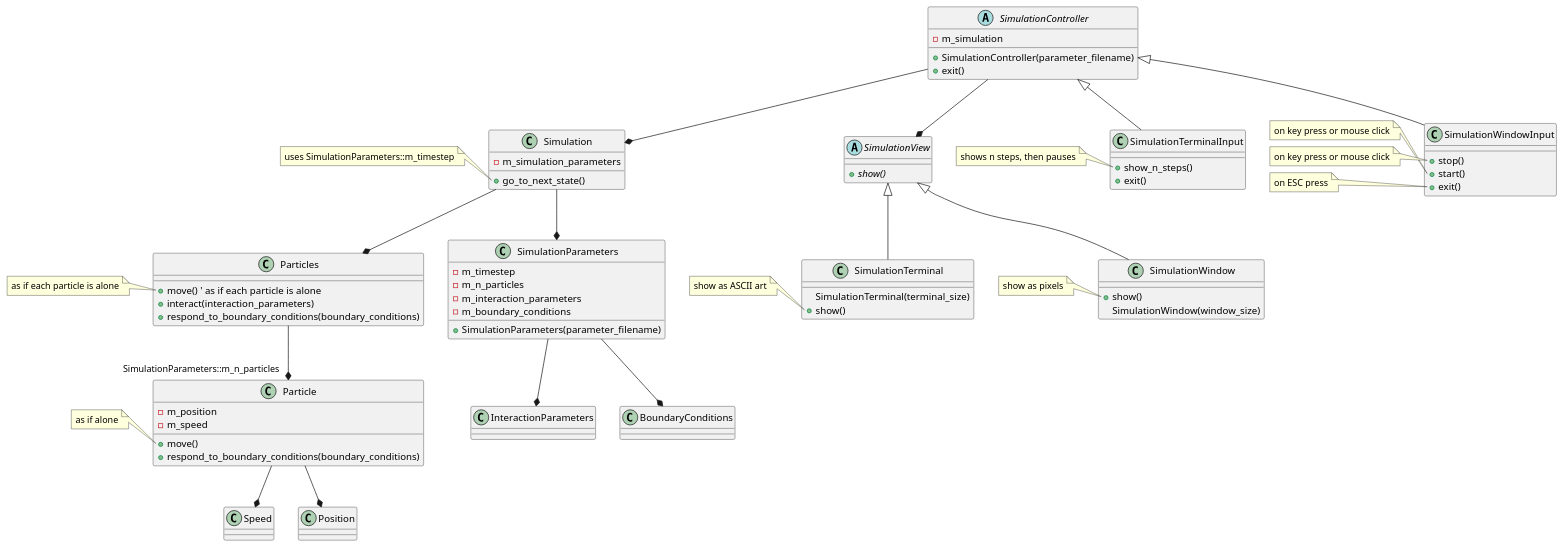
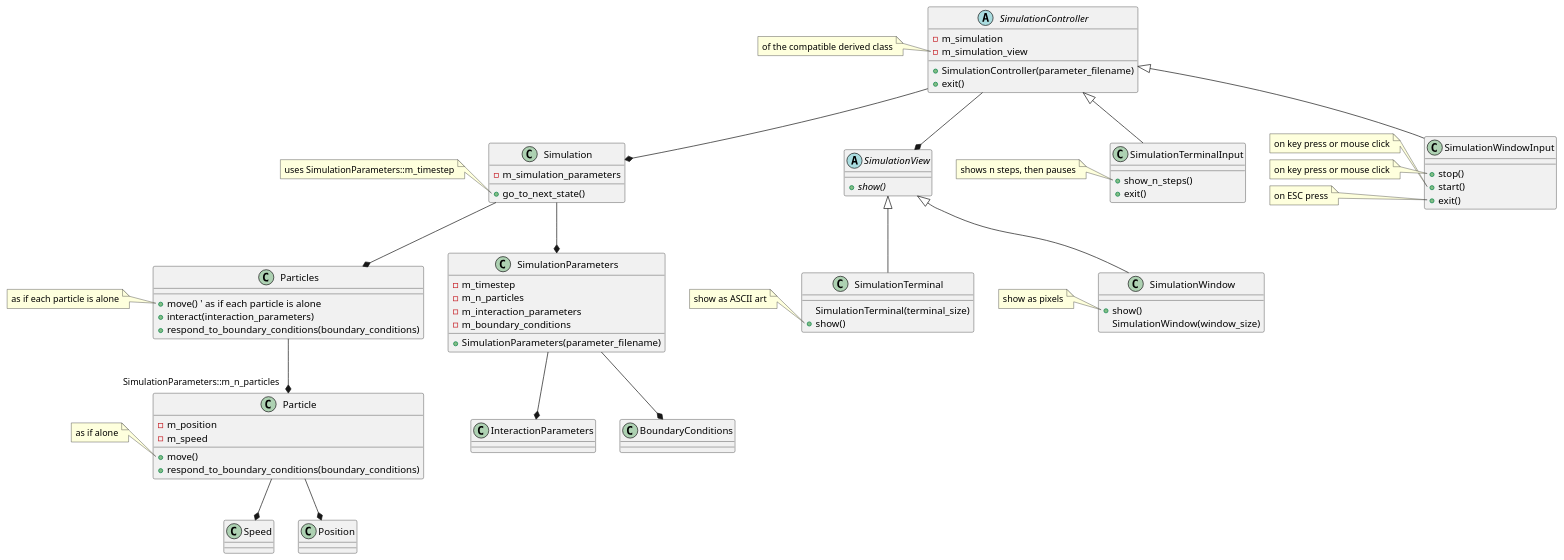
The diagram in class_diagram_richel.pu (programming-formalisms/programming_formalisms_example_project), drawn with PlantUML before and after one commit.

```diff
--- a/class_diagram_richel.pu
+++ b/class_diagram_richel.pu
@@ -1,138 +1,144 @@
 @startuml
 
 class Simulation
 
 abstract class SimulationView
 class SimulationTerminal
 class SimulationWindow
 
 abstract class SimulationController
 class SimulationTerminalInput
 class SimulationWindowInput
 
 class SimulationParameters
 class Particles
 class Particle
 class Speed
 class Position
 
 SimulationController --* Simulation
 SimulationController --* SimulationView
 
 Simulation --* SimulationParameters
 SimulationParameters --* InteractionParameters
 SimulationParameters --* BoundaryConditions
 
 Simulation --* Particles
 Particles --* "SimulationParameters::m_n_particles" Particle
 
 Particle --* Speed
 Particle --* Position
 
 
 SimulationView <|-- SimulationTerminal
 SimulationView <|-- SimulationWindow
 
 SimulationController <|-- SimulationTerminalInput
 SimulationController <|-- SimulationWindowInput
 
 class SimulationParameters {
   + SimulationParameters(parameter_filename)
   - m_timestep
   - m_n_particles
   - m_interaction_parameters
   - m_boundary_conditions
 }
 
 class Simulation {
   + go_to_next_state()
   - m_simulation_parameters
 }
 
 note left of Simulation::go_to_next_state
   uses SimulationParameters::m_timestep
 end note
 
 
 class Particles {
   + move() ' as if each particle is alone
   + interact(interaction_parameters)
   + respond_to_boundary_conditions(boundary_conditions)
 }
 
 note left of Particles::move
   as if each particle is alone
 end note
 
 class Particle {
   + move()
   + respond_to_boundary_conditions(boundary_conditions)
 
   - m_position
   - m_speed
 }
 
 note left of Particle::move
   as if alone
 end note
 
 
 abstract class SimulationView {
   + {abstract} show()
 }
 
 class SimulationTerminal {
   SimulationTerminal(terminal_size)
   + show()
 }
 note left of SimulationTerminal::show
   show as ASCII art
 end note
 
 class SimulationWindow {
   + show()
   SimulationWindow(window_size)
 }
 
 note left of SimulationWindow::show
   show as pixels
 end note
 
 
 abstract class SimulationController {
   + SimulationController(parameter_filename)
   + exit()
   - m_simulation
+  - m_simulation_view
 }
+
+note left of SimulationController::m_simulation_view
+  of the compatible derived class
+end note
+
 
 class SimulationTerminalInput {
   + show_n_steps()
   + exit()
 }
 
 note left of SimulationTerminalInput::show_n_steps
   shows n steps, then pauses
 end note
 
 
 class SimulationWindowInput {
   + stop()
   + start()
   + exit()
 }
 
 note left of SimulationWindowInput::start
   on key press or mouse click
 end note
 
 note left of SimulationWindowInput::stop
   on key press or mouse click
 end note
 
 note left of SimulationWindowInput::exit
   on ESC press
 end note
 
 
 
 @enduml
```
